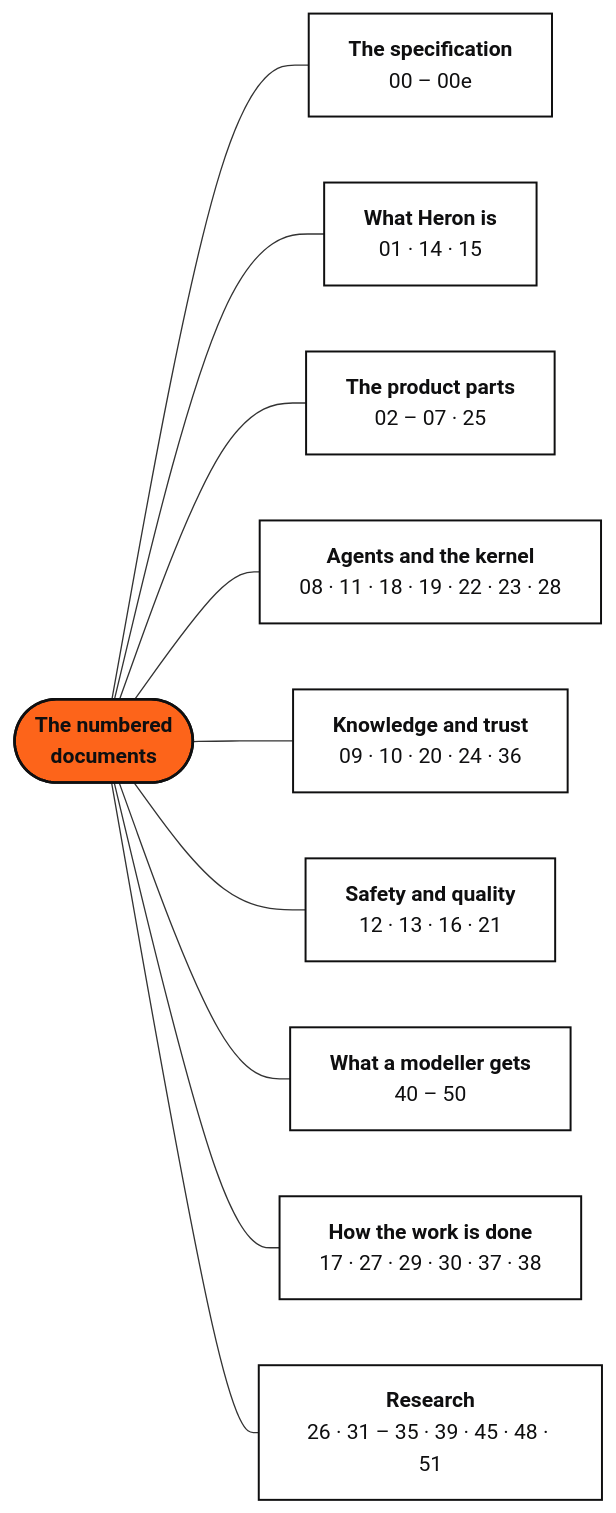
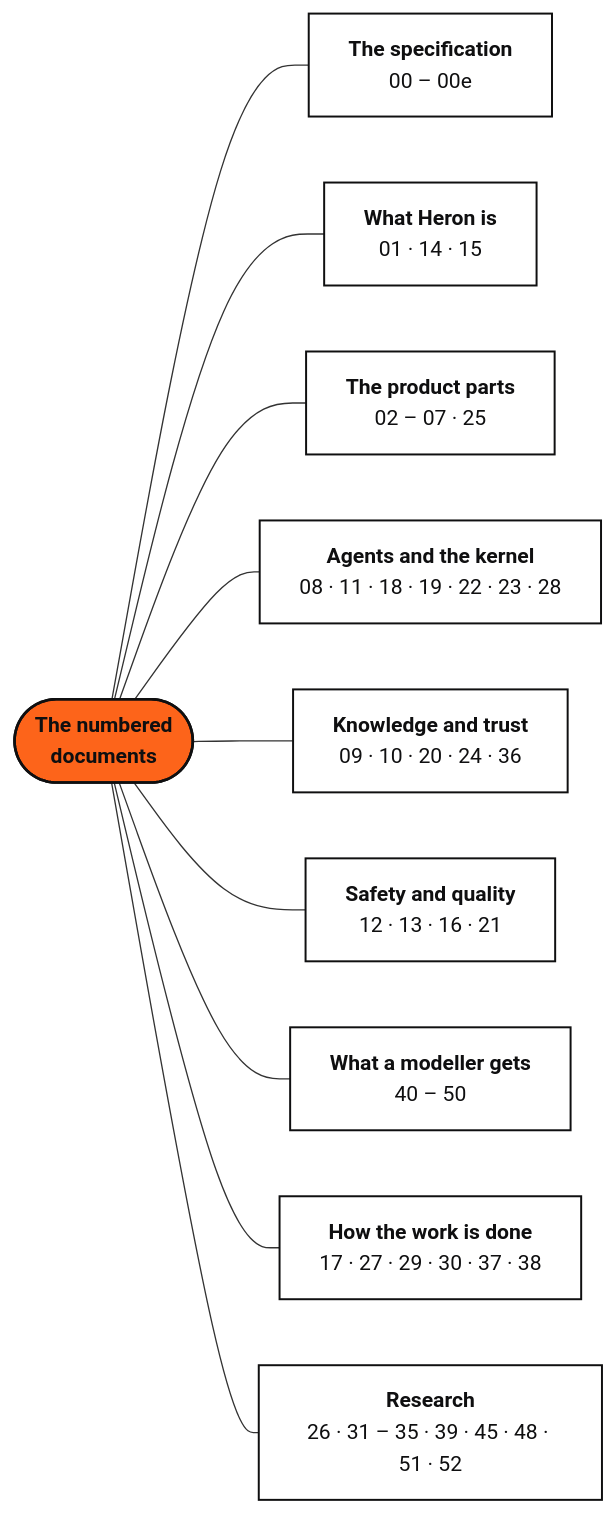
Before and after one commit to Ajmalpshaik/Heron-AI: the diagram in docs/guide/all-documents.md, drawn with Mermaid. The commit also changed other lines of this file and 21 other files, not shown here.

````diff
--- a/docs/guide/all-documents.md
+++ b/docs/guide/all-documents.md
@@ -7,28 +7,28 @@
 ```mermaid
 flowchart LR
     D(["<b>The numbered<br/>documents</b>"])
     S["<b>The specification</b><br/>00 – 00e"]
     W["<b>What Heron is</b><br/>01 · 14 · 15"]
     P["<b>The product parts</b><br/>02 – 07 · 25"]
     A["<b>Agents and the kernel</b><br/>08 · 11 · 18 · 19 · 22 · 23 · 28"]
     K["<b>Knowledge and trust</b><br/>09 · 10 · 20 · 24 · 36"]
     Q["<b>Safety and quality</b><br/>12 · 13 · 16 · 21"]
     M["<b>What a modeller gets</b><br/>40 – 50"]
     H["<b>How the work is done</b><br/>17 · 27 · 29 · 30 · 37 · 38"]
-    R["<b>Research</b><br/>26 · 31 – 35 · 39 · 45 · 48 · 51"]
+    R["<b>Research</b><br/>26 · 31 – 35 · 39 · 45 · 48 · 51 · 52"]
 
     D --- S
     D --- W
     D --- P
     D --- A
     D --- K
     D --- Q
     D --- M
     D --- H
     D --- R
 
     classDef heron fill:#FD641A,stroke:#0F0F10,stroke-width:2px,color:#0F0F10
     classDef host fill:#FFFFFF,stroke:#0F0F10,stroke-width:1.5px,color:#0F0F10
     class D heron
     class S,W,P,A,K,Q,M,H,R host
 ```
````
